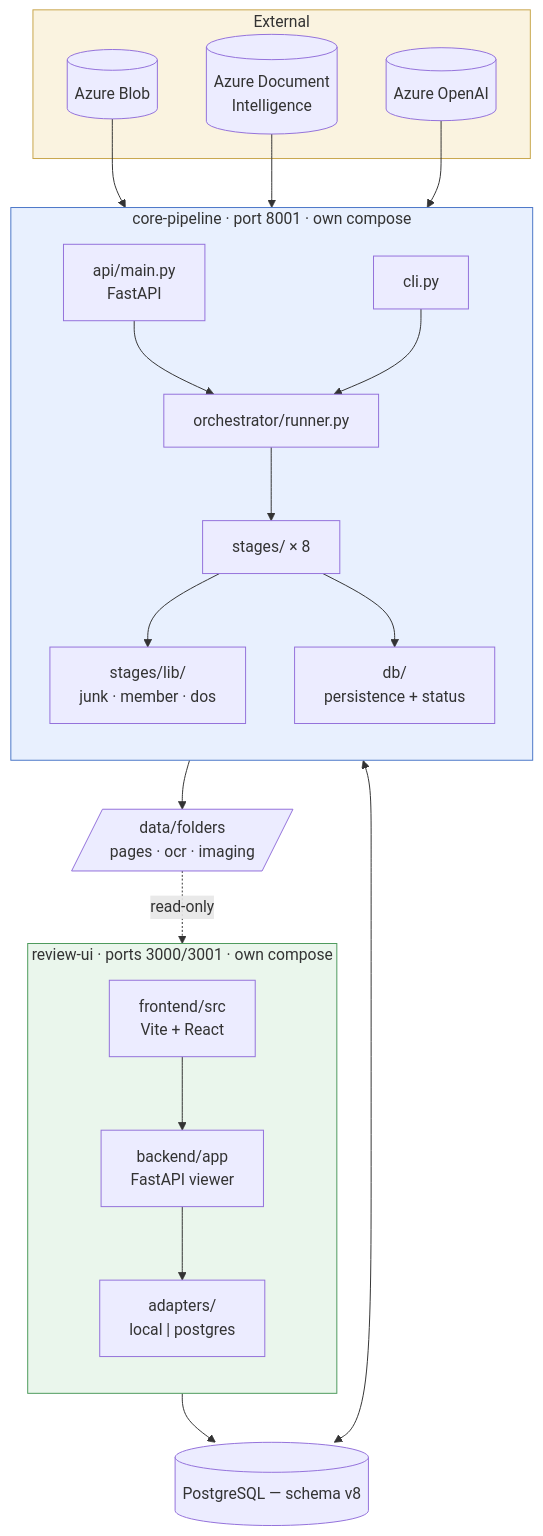
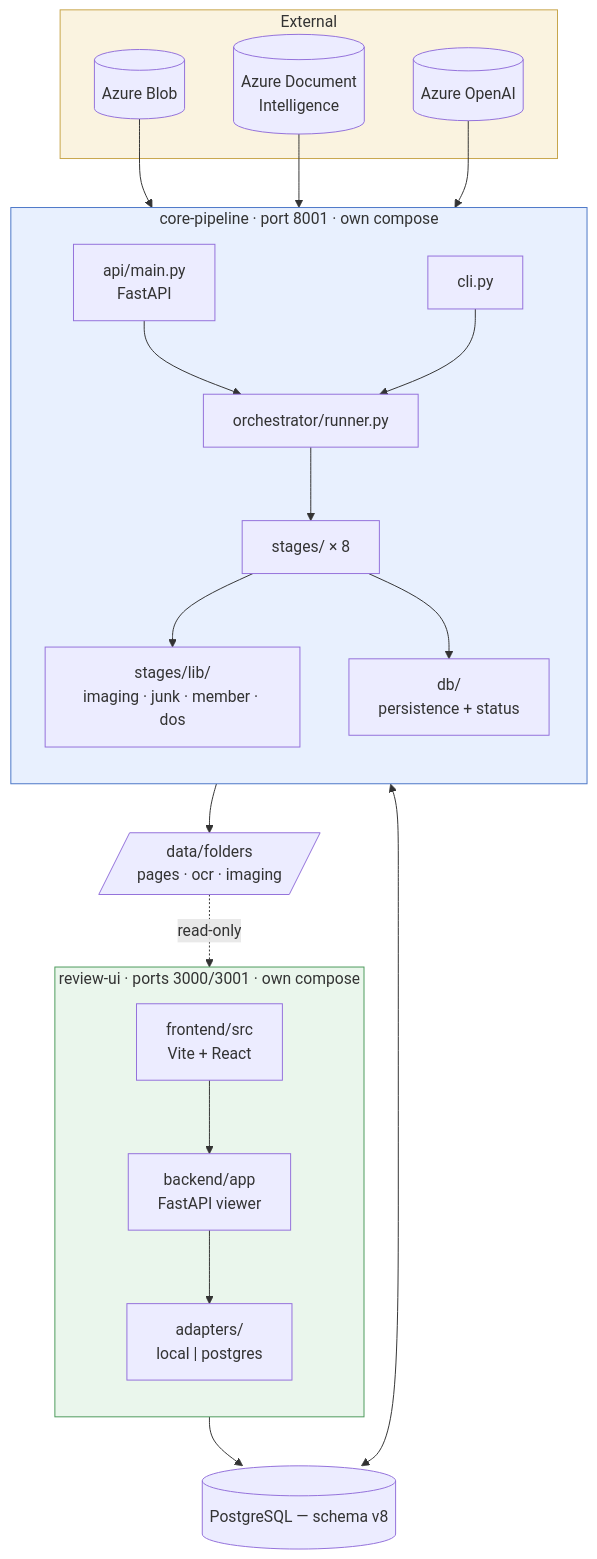
One commit to abhinavdg-ever/model-repo changed the first of 2 diagrams in docs/ARCHITECTURE.md. Above: the diagram before and after it, drawn with Mermaid. The commit also changed other lines of this file and 4 other files, not shown here.

````diff
--- a/docs/ARCHITECTURE.md
+++ b/docs/ARCHITECTURE.md
@@ -27,45 +27,45 @@
 ```mermaid
 flowchart TB
   subgraph EXT["External"]
     BLOB[("Azure Blob")]
     ADI[("Azure Document<br/>Intelligence")]
     AOAI[("Azure OpenAI")]
   end
 
   subgraph CP["core-pipeline · port 8001 · own compose"]
     direction TB
     API["api/main.py<br/>FastAPI"]
     CLI["cli.py"]
     ORCH["orchestrator/runner.py"]
     ST["stages/ × 8"]
-    LIB["stages/lib/<br/>junk · member · dos"]
+    LIB["stages/lib/<br/>imaging · junk · member · dos"]
     DB["db/<br/>persistence + status"]
     API --> ORCH
     CLI --> ORCH
     ORCH --> ST --> LIB
     ST --> DB
   end
 
   subgraph RU["review-ui · ports 3000/3001 · own compose"]
     direction TB
     RAPI["backend/app<br/>FastAPI viewer"]
     ADPT["adapters/<br/>local | postgres"]
     FE["frontend/src<br/>Vite + React"]
     FE --> RAPI --> ADPT
   end
 
   PG[("PostgreSQL — schema v8")]
   VOL[/"data/folders<br/>pages · ocr · imaging"/]
 
   BLOB --> ST
   ADI --> ST
   AOAI --> ST
   DB <--> PG
   ST --> VOL
   ADPT --> PG
   VOL -. "read-only" .-> ADPT
 
   style CP fill:#e8f0fe,stroke:#4a76c7
   style RU fill:#eaf6ec,stroke:#4c9a5b
   style EXT fill:#faf3e0,stroke:#c7a54a
 ```
````
